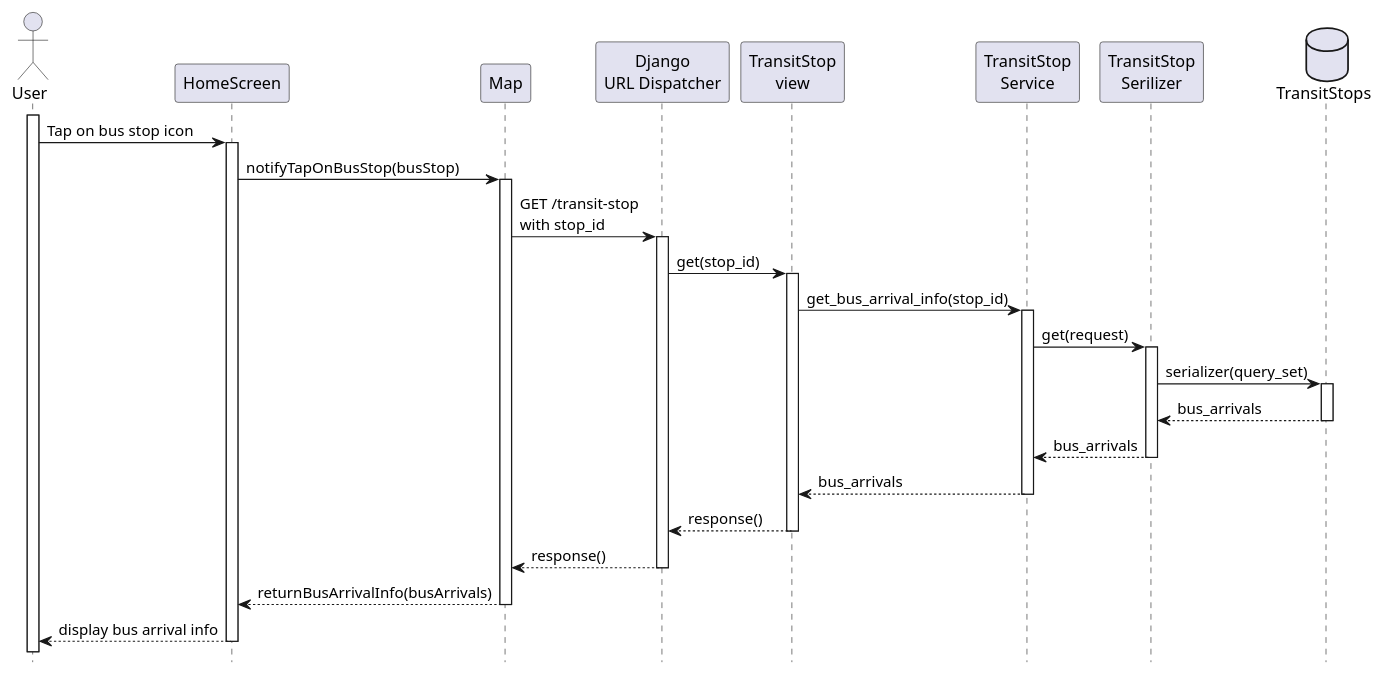
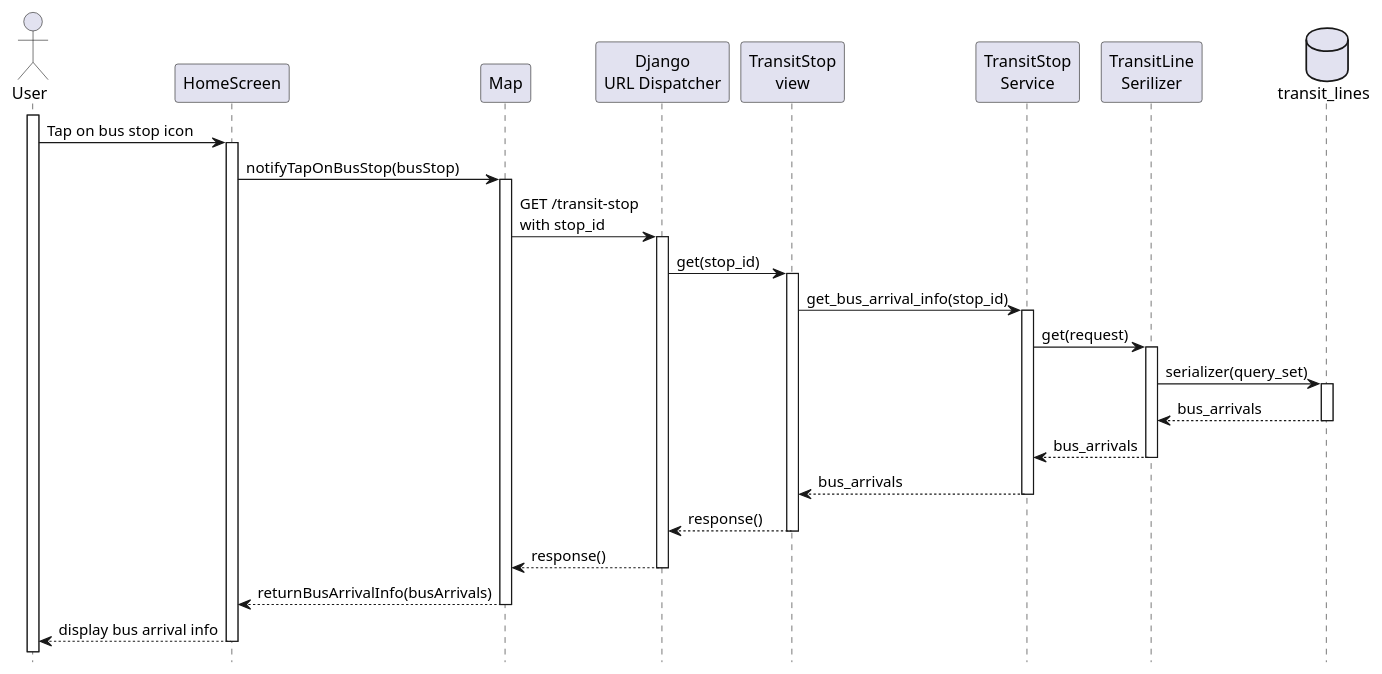
Before and after one commit to KMITL-BusBuddy/diagram: the diagram in homescreen/get_bus_info_when_tap.puml, drawn with PlantUML. The commit also changed 1 other file, not shown here.

Commit message:
update get line and post

```diff
--- a/homescreen/get_bus_info_when_tap.puml
+++ b/homescreen/get_bus_info_when_tap.puml
@@ -1,49 +1,49 @@
 @startuml bus_arrivals
 
 hide footbox
 
 actor User
 participant HomeScreen as UI
 participant Map
 participant "Django\nURL Dispatcher" as API
 participant "TransitStop\nview" as view
 participant "TransitStop\nService" as service
-participant "TransitStop\nSerilizer" as serializer
-database "TransitStops" as table
+participant "TransitLine\nSerilizer" as serializer
+database "transit_lines" as table
 
 activate User
 User -> UI: Tap on bus stop icon
 activate UI
 UI -> Map: notifyTapOnBusStop(busStop)
 activate Map
 Map -> API: GET /transit-stop \nwith stop_id
 activate API
 
 ' API Call
 API -> view: get(stop_id)
 activate view
 view -> service: get_bus_arrival_info(stop_id)
 activate service
 service -> serializer: get(request)
 activate serializer
 serializer -> table: serializer(query_set)
 activate table
 
 table --> serializer: bus_arrivals
 deactivate table
 serializer --> service: bus_arrivals
 deactivate serializer
 service --> view: bus_arrivals
 deactivate service
 view --> API: response()
 deactivate view
 API --> Map: response()
 deactivate API
 
 ' Display bus arrival info
 Map --> UI: returnBusArrivalInfo(busArrivals)
 deactivate Map
 UI --> User: display bus arrival info
 deactivate UI
 
 @enduml
```
